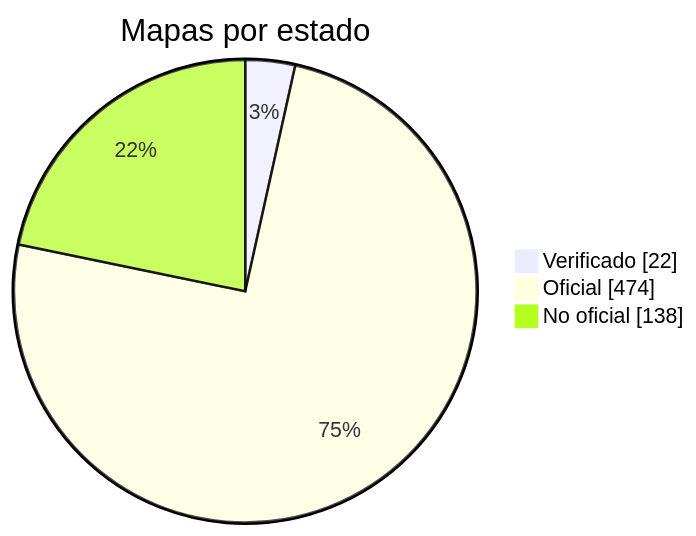
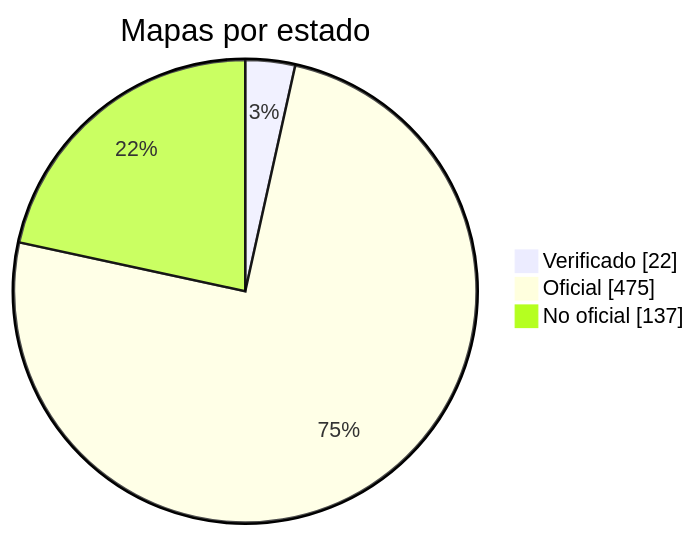
One commit to nobrega8/mbmap-library changed the diagram in docs/readme/README_ES.md. Above: the diagram before and after it, drawn with Mermaid. The commit also changed 8 other files, not shown here.

````diff
--- a/docs/readme/README_ES.md
+++ b/docs/readme/README_ES.md
@@ -54,7 +54,7 @@
 ```mermaid
 pie showData
     title Mapas por estado
     "Verificado" : 22
-    "Oficial" : 474
-    "No oficial" : 138
+    "Oficial" : 475
+    "No oficial" : 137
 ```
````
